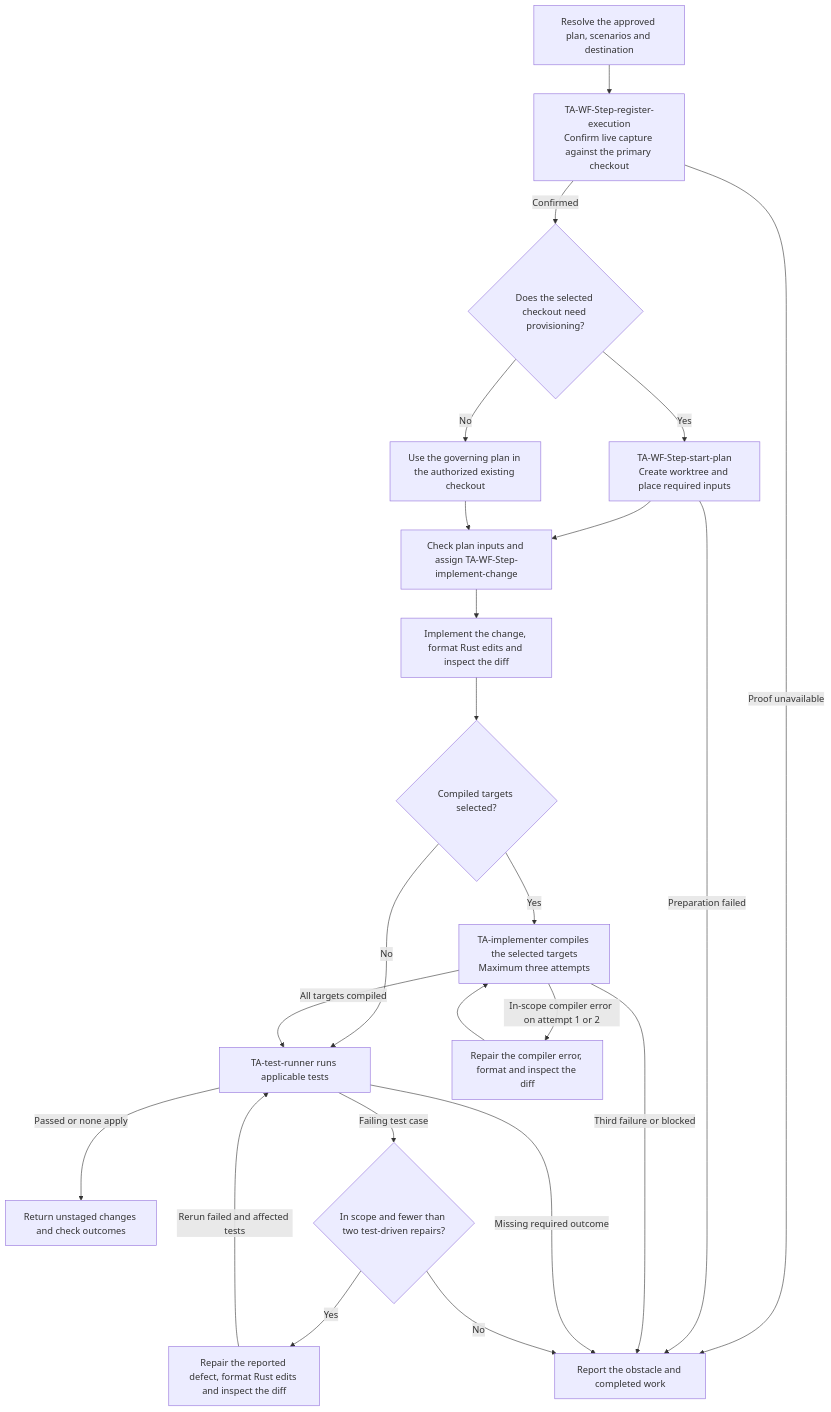
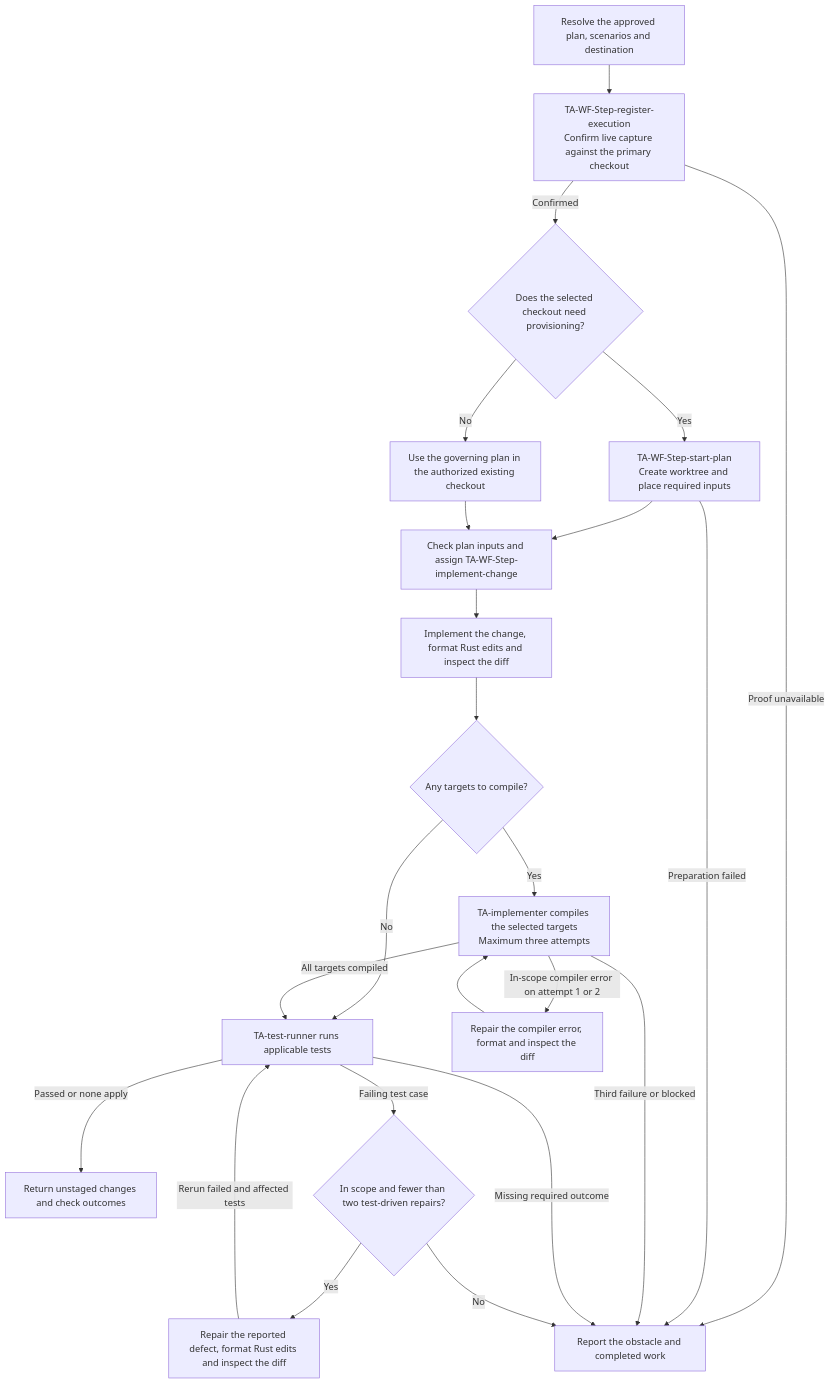
One commit to tomek-anuszkiewicz/amiga-studio changed the second of 6 diagrams in .agents/skills/README.md. Above: the diagram before and after it, drawn with Mermaid.

Commit message:
Clarify the compile decision in the workflow diagram

````diff
--- a/.agents/skills/README.md
+++ b/.agents/skills/README.md
@@ -61,26 +61,26 @@
 ```mermaid
 flowchart TD
     Inputs["Resolve the approved plan, scenarios and destination"]
     Inputs --> Register["TA-WF-Step-register-execution<br/>Confirm live capture against the primary checkout"]
     Register -->|Confirmed| Checkout{"Does the selected checkout need provisioning?"}
     Register -->|Proof unavailable| Report["Report the obstacle and completed work"]
     Checkout -->|Yes| Provision["TA-WF-Step-start-plan<br/>Create worktree and place required inputs"]
     Checkout -->|No| Existing["Use the governing plan in the authorized existing checkout"]
     Provision --> Assign["Check plan inputs and assign TA-WF-Step-implement-change"]
     Existing --> Assign
     Provision -->|Preparation failed| Report
     Assign --> Implement["Implement the change, format Rust edits and inspect the diff"]
-    Implement --> Targets{"Compiled targets selected?"}
+    Implement --> Targets{"Any targets to compile?"}
     Targets -->|No| Tests["TA-test-runner runs applicable tests"]
     Targets -->|Yes| Compile["TA-implementer compiles the selected targets<br/>Maximum three attempts"]
     Compile -->|All targets compiled| Tests
     Compile -->|In-scope compiler error on attempt 1 or 2| CompileRepair["Repair the compiler error, format and inspect the diff"]
     CompileRepair --> Compile
     Compile -->|Third failure or blocked| Report
     Tests -->|Passed or none apply| Result["Return unstaged changes and check outcomes"]
     Tests -->|Missing required outcome| Report
     Tests -->|Failing test case| Limit{"In scope and fewer than two test-driven repairs?"}
     Limit -->|Yes| Repair["Repair the reported defect, format Rust edits and inspect the diff"]
     Repair -->|Rerun failed and affected tests| Tests
     Limit -->|No| Report
 ```
````
